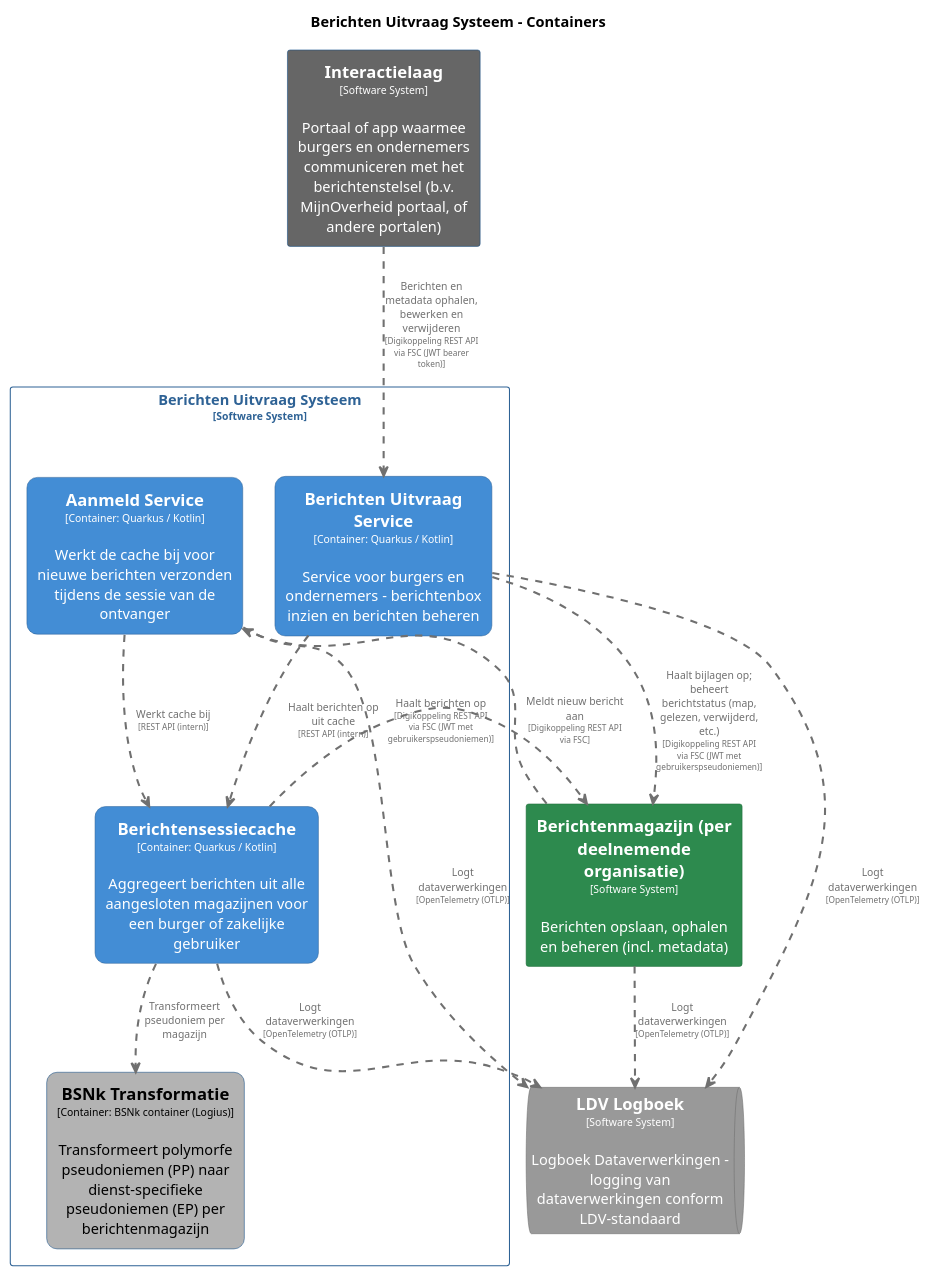
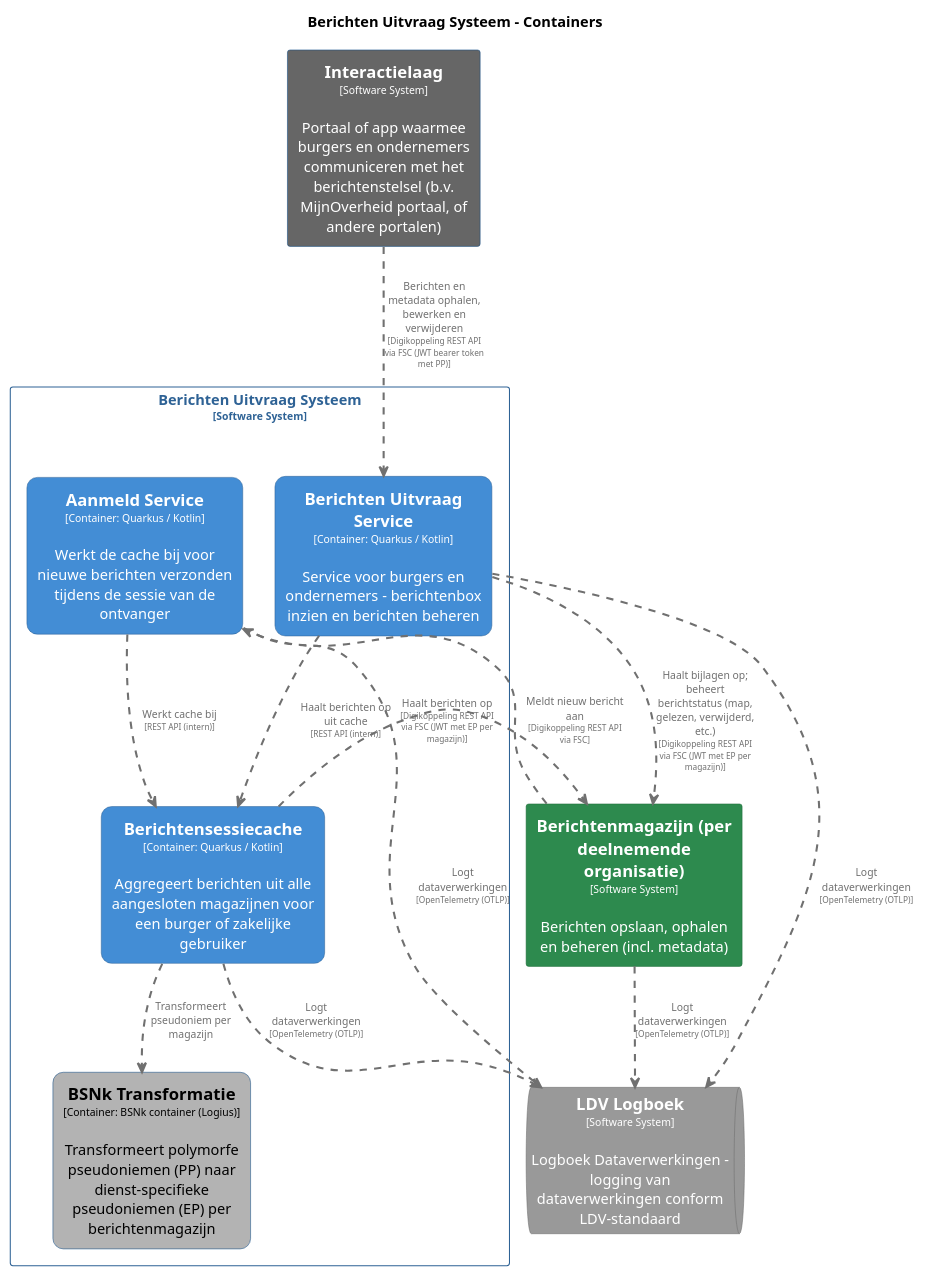
One commit to MinBZK/moza-poc-fbs-berichtenbox changed the diagram in pr-preview/pr-22/master/puml/BerichtenUitvraagSysteemContainers.puml. Above: the diagram before and after it, drawn with PlantUML. The commit also changed 34 other files, not shown here.

```diff
--- a/pr-preview/pr-22/master/puml/BerichtenUitvraagSysteemContainers.puml
+++ b/pr-preview/pr-22/master/puml/BerichtenUitvraagSysteemContainers.puml
@@ -1,92 +1,92 @@
 @startuml
 set separator none
 title Berichten Uitvraag Systeem - Containers
 
 top to bottom direction
 skinparam ranksep 60
 skinparam nodesep 30
 
 skinparam {
   arrowFontSize 10
   defaultTextAlignment center
   wrapWidth 200
   maxMessageSize 100
 }
 
 hide stereotype
 
 skinparam rectangle<<BerichtenUitvraagSysteem.AanmeldService>> {
   BackgroundColor #438dd5
   FontColor #ffffff
   BorderColor #2e6295
   roundCorner 20
   shadowing false
 }
 skinparam rectangle<<BerichtenUitvraagSysteem.BSNkTransformatie>> {
   BackgroundColor #b3b3b3
   FontColor #000000
   BorderColor #0b4884
   roundCorner 20
   shadowing false
 }
 skinparam rectangle<<BerichtenUitvraagSysteem.BerichtenUitvraagService>> {
   BackgroundColor #438dd5
   FontColor #ffffff
   BorderColor #2e6295
   roundCorner 20
   shadowing false
 }
 skinparam rectangle<<Berichtenmagazijnperdeelnemendeorganisatie>> {
   BackgroundColor #2d8a4e
   FontColor #ffffff
   BorderColor #1e6b38
   shadowing false
 }
 skinparam rectangle<<BerichtenUitvraagSysteem.Berichtensessiecache>> {
   BackgroundColor #438dd5
   FontColor #ffffff
   BorderColor #2e6295
   roundCorner 20
   shadowing false
 }
 skinparam rectangle<<Interactielaag>> {
   BackgroundColor #666666
   FontColor #ffffff
   BorderColor #0b4884
   shadowing false
 }
 skinparam queue<<LDVLogboek>> {
   BackgroundColor #999999
   FontColor #ffffff
   BorderColor #6b6b6b
   shadowing false
 }
 skinparam rectangle<<BerichtenUitvraagSysteem>> {
   BorderColor #2e6295
   FontColor #2e6295
   shadowing false
 }
 
 rectangle "==Interactielaag\n<size:10>[Software System]</size>\n\nPortaal of app waarmee burgers en ondernemers communiceren met het berichtenstelsel (b.v. MijnOverheid portaal, of andere portalen)" <<Interactielaag>> as Interactielaag
 rectangle "==Berichtenmagazijn (per deelnemende organisatie)\n<size:10>[Software System]</size>\n\nBerichten opslaan, ophalen en beheren (incl. metadata)" <<Berichtenmagazijnperdeelnemendeorganisatie>> as Berichtenmagazijnperdeelnemendeorganisatie
 queue "==LDV Logboek\n<size:10>[Software System]</size>\n\nLogboek Dataverwerkingen - logging van dataverwerkingen conform LDV-standaard" <<LDVLogboek>> as LDVLogboek
 
 rectangle "Berichten Uitvraag Systeem\n<size:10>[Software System]</size>" <<BerichtenUitvraagSysteem>> {
   rectangle "==Berichtensessiecache\n<size:10>[Container: Quarkus / Kotlin]</size>\n\nAggregeert berichten uit alle aangesloten magazijnen voor een burger of zakelijke gebruiker" <<BerichtenUitvraagSysteem.Berichtensessiecache>> as BerichtenUitvraagSysteem.Berichtensessiecache
   rectangle "==Berichten Uitvraag Service\n<size:10>[Container: Quarkus / Kotlin]</size>\n\nService voor burgers en ondernemers - berichtenbox inzien en berichten beheren" <<BerichtenUitvraagSysteem.BerichtenUitvraagService>> as BerichtenUitvraagSysteem.BerichtenUitvraagService
   rectangle "==BSNk Transformatie\n<size:10>[Container: BSNk container (Logius)]</size>\n\nTransformeert polymorfe pseudoniemen (PP) naar dienst-specifieke pseudoniemen (EP) per berichtenmagazijn" <<BerichtenUitvraagSysteem.BSNkTransformatie>> as BerichtenUitvraagSysteem.BSNkTransformatie
   rectangle "==Aanmeld Service\n<size:10>[Container: Quarkus / Kotlin]</size>\n\nWerkt de cache bij voor nieuwe berichten verzonden tijdens de sessie van de ontvanger" <<BerichtenUitvraagSysteem.AanmeldService>> as BerichtenUitvraagSysteem.AanmeldService
 }
 
-BerichtenUitvraagSysteem.Berichtensessiecache .[#707070,thickness=2].> Berichtenmagazijnperdeelnemendeorganisatie : "<color:#707070>Haalt berichten op\n<color:#707070><size:8>[Digikoppeling REST API via FSC (JWT met gebruikerspseudoniemen)]</size>"
+BerichtenUitvraagSysteem.Berichtensessiecache .[#707070,thickness=2].> Berichtenmagazijnperdeelnemendeorganisatie : "<color:#707070>Haalt berichten op\n<color:#707070><size:8>[Digikoppeling REST API via FSC (JWT met EP per magazijn)]</size>"
 Berichtenmagazijnperdeelnemendeorganisatie .[#707070,thickness=2].> LDVLogboek : "<color:#707070>Logt dataverwerkingen\n<color:#707070><size:8>[OpenTelemetry (OTLP)]</size>"
 BerichtenUitvraagSysteem.Berichtensessiecache .[#707070,thickness=2].> LDVLogboek : "<color:#707070>Logt dataverwerkingen\n<color:#707070><size:8>[OpenTelemetry (OTLP)]</size>"
 BerichtenUitvraagSysteem.BerichtenUitvraagService .[#707070,thickness=2].> LDVLogboek : "<color:#707070>Logt dataverwerkingen\n<color:#707070><size:8>[OpenTelemetry (OTLP)]</size>"
 BerichtenUitvraagSysteem.AanmeldService .[#707070,thickness=2].> LDVLogboek : "<color:#707070>Logt dataverwerkingen\n<color:#707070><size:8>[OpenTelemetry (OTLP)]</size>"
 BerichtenUitvraagSysteem.Berichtensessiecache .[#707070,thickness=2].> BerichtenUitvraagSysteem.BSNkTransformatie : "<color:#707070>Transformeert pseudoniem per magazijn"
 BerichtenUitvraagSysteem.AanmeldService .[#707070,thickness=2].> BerichtenUitvraagSysteem.Berichtensessiecache : "<color:#707070>Werkt cache bij\n<color:#707070><size:8>[REST API (intern)]</size>"
 BerichtenUitvraagSysteem.BerichtenUitvraagService .[#707070,thickness=2].> BerichtenUitvraagSysteem.Berichtensessiecache : "<color:#707070>Haalt berichten op uit cache\n<color:#707070><size:8>[REST API (intern)]</size>"
-Interactielaag .[#707070,thickness=2].> BerichtenUitvraagSysteem.BerichtenUitvraagService : "<color:#707070>Berichten en metadata ophalen, bewerken en verwijderen\n<color:#707070><size:8>[Digikoppeling REST API via FSC (JWT bearer token)]</size>"
-BerichtenUitvraagSysteem.BerichtenUitvraagService .[#707070,thickness=2].> Berichtenmagazijnperdeelnemendeorganisatie : "<color:#707070>Haalt bijlagen op; beheert berichtstatus (map, gelezen, verwijderd, etc.)\n<color:#707070><size:8>[Digikoppeling REST API via FSC (JWT met gebruikerspseudoniemen)]</size>"
+Interactielaag .[#707070,thickness=2].> BerichtenUitvraagSysteem.BerichtenUitvraagService : "<color:#707070>Berichten en metadata ophalen, bewerken en verwijderen\n<color:#707070><size:8>[Digikoppeling REST API via FSC (JWT bearer token met PP)]</size>"
+BerichtenUitvraagSysteem.BerichtenUitvraagService .[#707070,thickness=2].> Berichtenmagazijnperdeelnemendeorganisatie : "<color:#707070>Haalt bijlagen op; beheert berichtstatus (map, gelezen, verwijderd, etc.)\n<color:#707070><size:8>[Digikoppeling REST API via FSC (JWT met EP per magazijn)]</size>"
 Berichtenmagazijnperdeelnemendeorganisatie .[#707070,thickness=2].> BerichtenUitvraagSysteem.AanmeldService : "<color:#707070>Meldt nieuw bericht aan\n<color:#707070><size:8>[Digikoppeling REST API via FSC]</size>"
 @enduml
```
